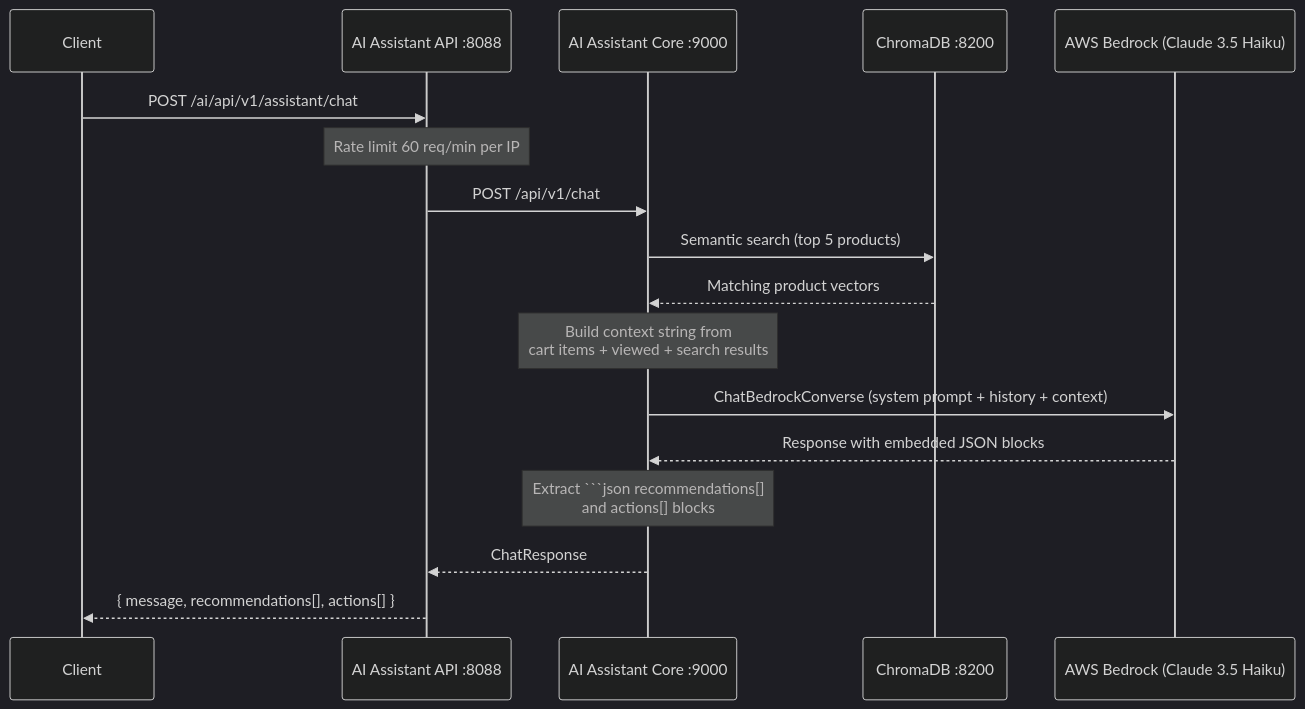
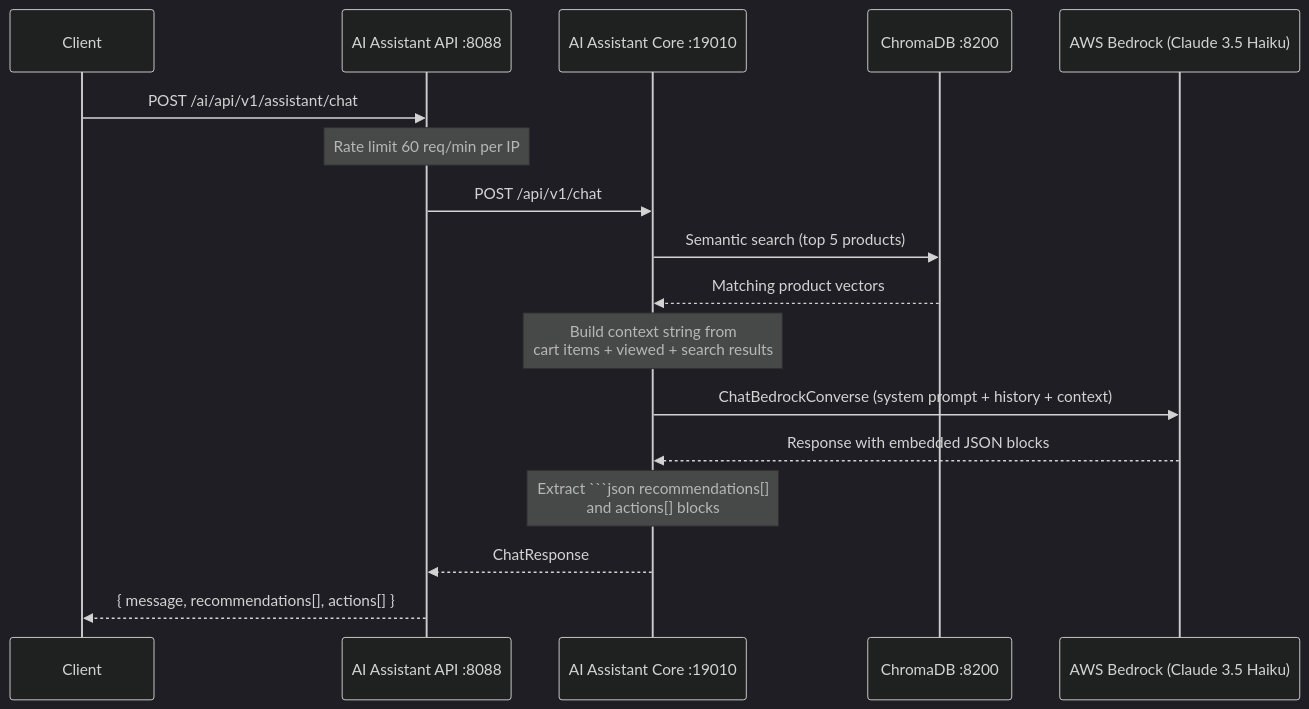
One commit to asefatesfay/ai-driven-ecommerce changed the second of 4 diagrams in README.md. Above: the diagram before and after it, drawn with Mermaid (dark theme). The commit also changed other lines of this file and 62 other files, not shown here.

````diff
--- a/README.md
+++ b/README.md
@@ -102,20 +102,20 @@
 ```mermaid
 sequenceDiagram
     participant Client
     participant AIApi as AI Assistant API :8088
-    participant AICore as AI Assistant Core :9000
+    participant AICore as AI Assistant Core :19010
     participant Chroma as ChromaDB :8200
     participant Bedrock as AWS Bedrock (Claude 3.5 Haiku)
 
     Client->>AIApi: POST /ai/api/v1/assistant/chat
     Note over AIApi: Rate limit 60 req/min per IP
     AIApi->>AICore: POST /api/v1/chat
     AICore->>Chroma: Semantic search (top 5 products)
     Chroma-->>AICore: Matching product vectors
     Note over AICore: Build context string from<br/>cart items + viewed + search results
     AICore->>Bedrock: ChatBedrockConverse (system prompt + history + context)
     Bedrock-->>AICore: Response with embedded JSON blocks
     Note over AICore: Extract ```json recommendations[]<br/>and actions[] blocks
     AICore-->>AIApi: ChatResponse
     AIApi-->>Client: { message, recommendations[], actions[] }
 ```
````
